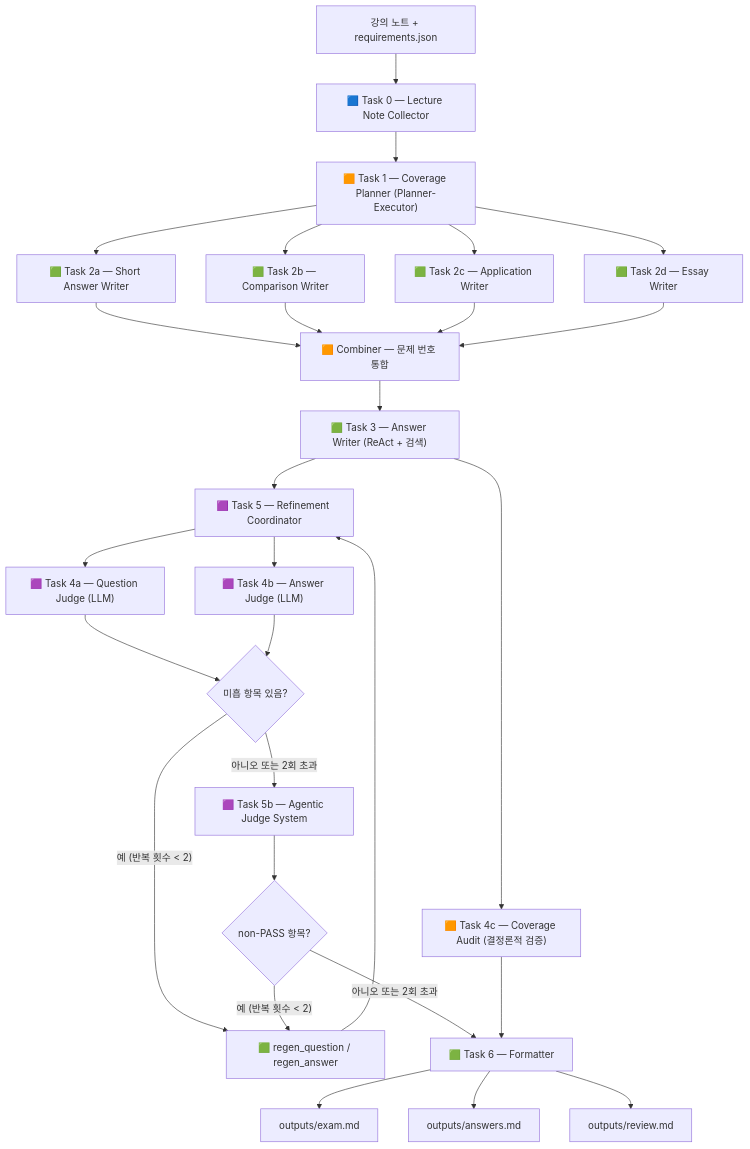
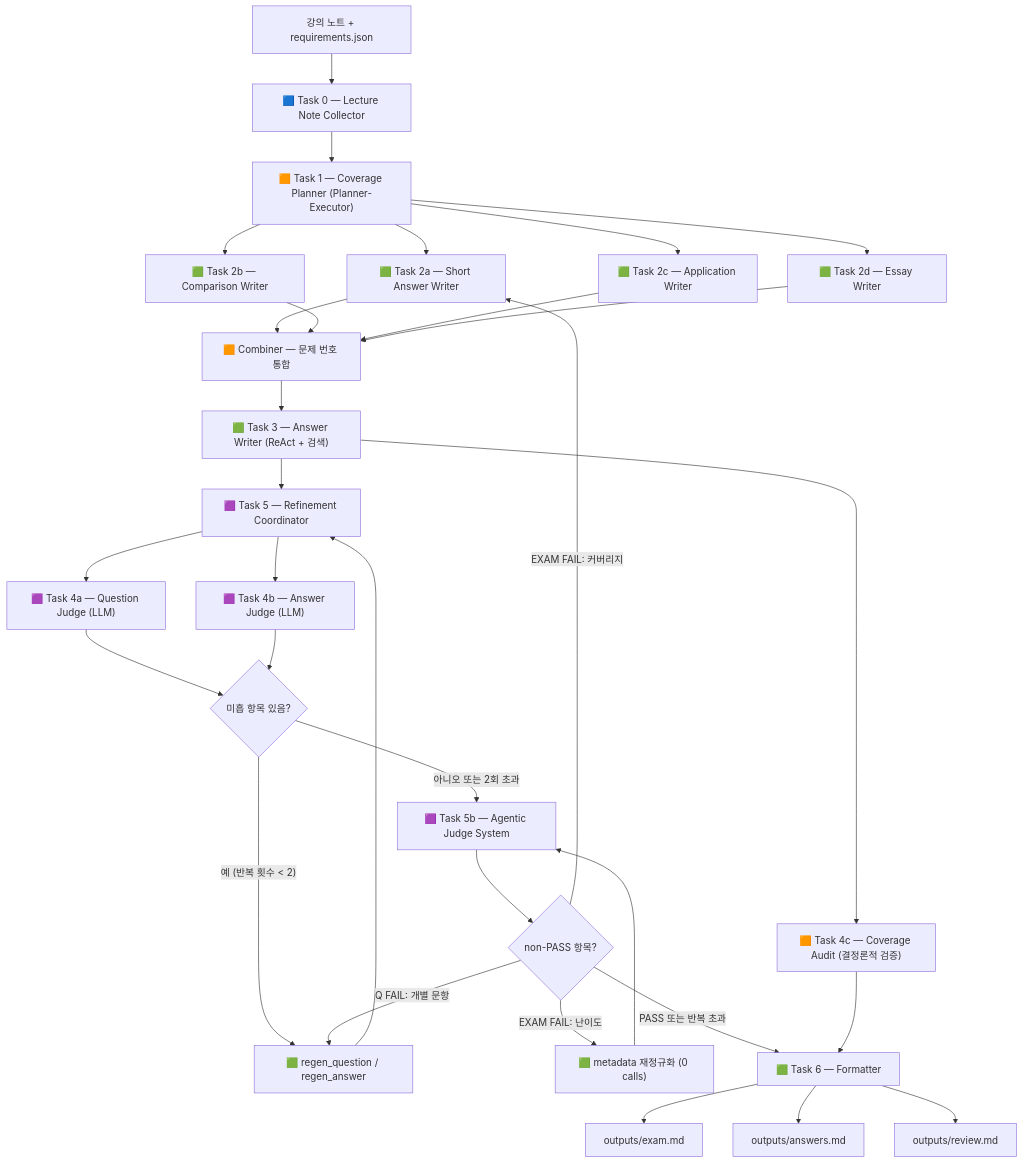
One commit to yunseo-lee-0527/exam-agent-project changed the diagram in exam-agent-project/README.md. Above: the diagram before and after it, drawn with Mermaid. The commit also changed other lines of this file and 4 other files, not shown here.

````diff
--- a/exam-agent-project/README.md
+++ b/exam-agent-project/README.md
@@ -86,35 +86,38 @@
 ```mermaid
 flowchart TD
     INPUT["강의 노트 + requirements.json"] --> T0["🟦 Task 0 — Lecture Note Collector"]
     T0 --> T1["🟧 Task 1 — Coverage Planner (Planner-Executor)"]
 
     T1 --> T2A["🟩 Task 2a — Short Answer Writer"]
     T1 --> T2B["🟩 Task 2b — Comparison Writer"]
     T1 --> T2C["🟩 Task 2c — Application Writer"]
     T1 --> T2D["🟩 Task 2d — Essay Writer"]
 
     T2A --> COMBINE["🟧 Combiner — 문제 번호 통합"]
     T2B --> COMBINE
     T2C --> COMBINE
     T2D --> COMBINE
 
     COMBINE --> T3["🟩 Task 3 — Answer Writer (ReAct + 검색)"]
     T3 --> T4C["🟧 Task 4c — Coverage Audit (결정론적 검증)"]
     T3 --> T5["🟪 Task 5 — Refinement Coordinator"]
 
     T5 --> T4A["🟪 Task 4a — Question Judge (LLM)"]
     T5 --> T4B["🟪 Task 4b — Answer Judge (LLM)"]
     T4A --> LOOP{미흡 항목 있음?}
     T4B --> LOOP
     LOOP -- "예 (반복 횟수 < 2)" --> REGEN["🟩 regen_question / regen_answer"]
     REGEN --> T5
     LOOP -- "아니오 또는 2회 초과" --> T5B["🟪 Task 5b — Agentic Judge System"]
     T5B --> LOOP2{non-PASS 항목?}
-    LOOP2 -- "예 (반복 횟수 < 2)" --> REGEN
-    LOOP2 -- "아니오 또는 2회 초과" --> T6["🟩 Task 6 — Formatter"]
+    LOOP2 -- "Q FAIL: 개별 문항" --> REGEN
+    LOOP2 -- "EXAM FAIL: 난이도" --> META["🟩 metadata 재정규화 (0 calls)"]
+    META --> T5B
+    LOOP2 -- "EXAM FAIL: 커버리지" --> T2A
+    LOOP2 -- "PASS 또는 반복 초과" --> T6["🟩 Task 6 — Formatter"]
     T4C --> T6
 
     T6 --> EXAM["outputs/exam.md"]
     T6 --> ANS["outputs/answers.md"]
     T6 --> REV["outputs/review.md"]
 ```
````
